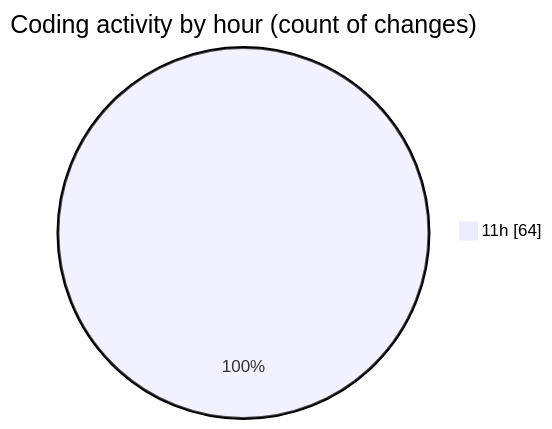
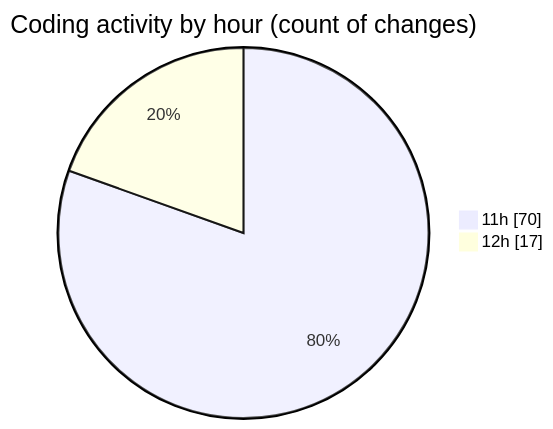
One commit to nxtqubesakshisongat/code-tracking changed the second of 2 diagrams in 2025-12-24/nxtqube_webapp/README.md. Above: the diagram before and after it, drawn with Mermaid. The commit also changed other lines of this file and 1 other file, not shown here.

````diff
--- a/2025-12-24/nxtqube_webapp/README.md
+++ b/2025-12-24/nxtqube_webapp/README.md
@@ -28,5 +28,6 @@
 ```mermaid
 pie showData
 title Coding activity by hour (count of changes)
-"11h" : 64
+"11h" : 70
+"12h" : 17
 ```
````
